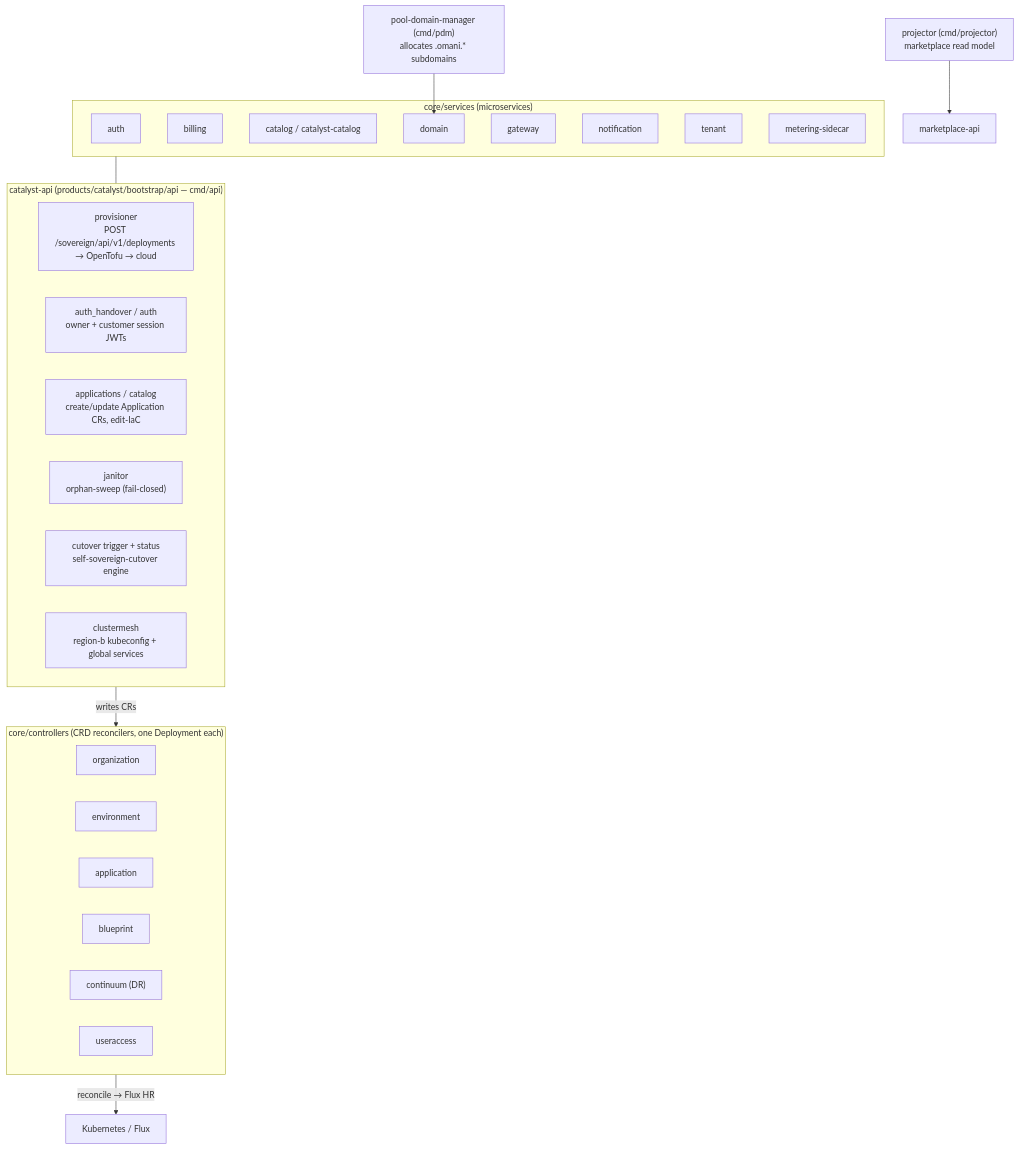
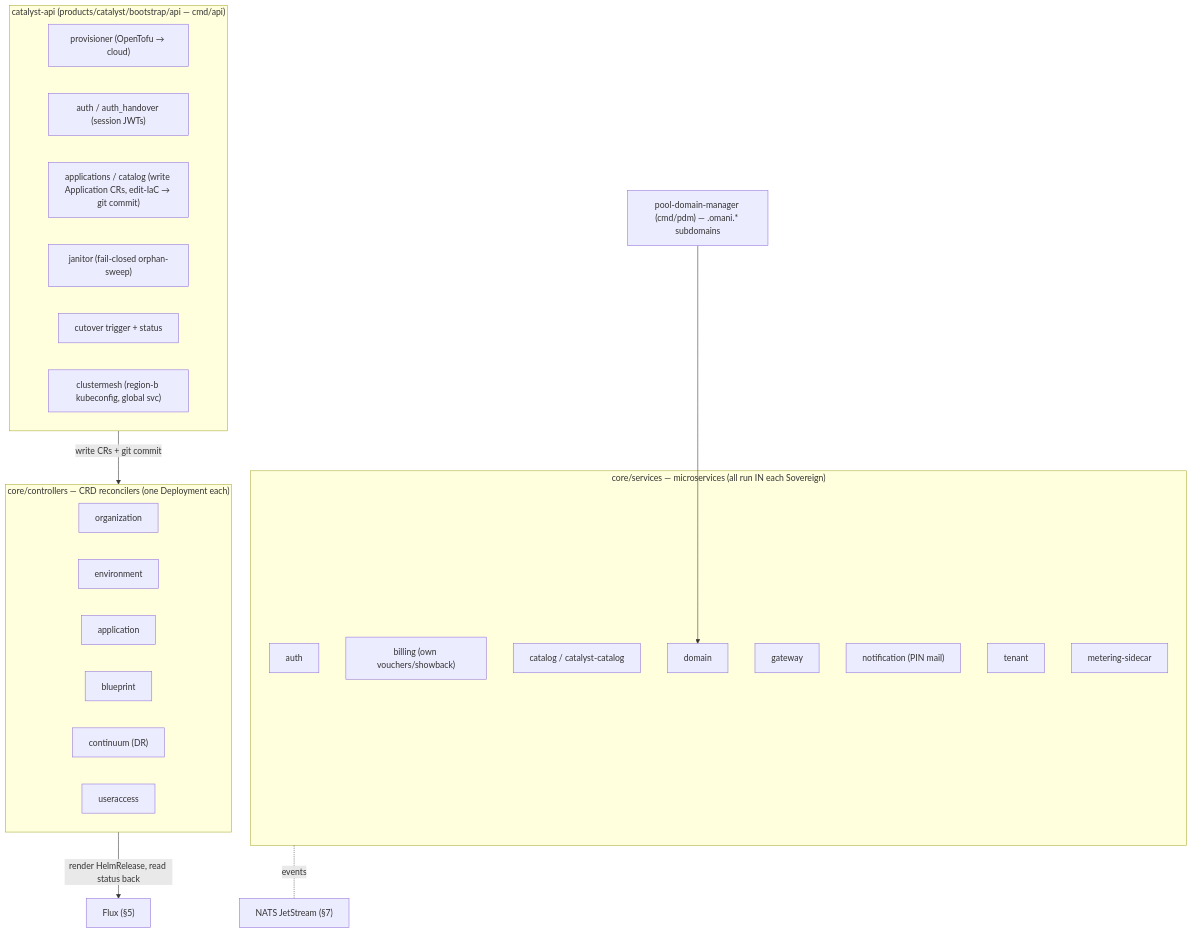
One commit to openova-io/openova changed the seventh of 16 diagrams in docs/SYSTEM-DESIGN.md. Above: the diagram before and after it, drawn with Mermaid. The commit also changed other lines of this file, not shown here.

First line of the commit message:
docs(system-design): major rewrite — GitOps engine, streaming/CQRS, independence, bootstrap DAG

````diff
--- a/docs/SYSTEM-DESIGN.md
+++ b/docs/SYSTEM-DESIGN.md
@@ -125,28 +229,19 @@
 ```mermaid
 graph TB
   subgraph Brain["catalyst-api  (products/catalyst/bootstrap/api — cmd/api)"]
-    PROV["provisioner<br/>POST /sovereign/api/v1/deployments → OpenTofu → cloud"]
-    HAND["auth_handover / auth<br/>owner + customer session JWTs"]
-    APPS["applications / catalog<br/>create/update Application CRs, edit-IaC"]
-    JAN["janitor<br/>orphan-sweep (fail-closed)"]
-    CUT["cutover trigger + status<br/>self-sovereign-cutover engine"]
-    MESH["clustermesh<br/>region-b kubeconfig + global services"]
+    PROV["provisioner (OpenTofu → cloud)"]; HAND["auth / auth_handover (session JWTs)"]
+    APPS["applications / catalog (write Application CRs, edit-IaC → git commit)"]
+    JAN["janitor (fail-closed orphan-sweep)"]; CUT["cutover trigger + status"]; MESH["clustermesh (region-b kubeconfig, global svc)"]
   end
-  subgraph Controllers["core/controllers  (CRD reconcilers, one Deployment each)"]
-    OC["organization"]
-    EC["environment"]
-    AC["application"]
-    BC["blueprint"]
-    CC["continuum (DR)"]
-    UC["useraccess"]
+  subgraph Controllers["core/controllers — CRD reconcilers (one Deployment each)"]
+    OC["organization"]; EC["environment"]; AC["application"]; BC["blueprint"]; CC["continuum (DR)"]; UC["useraccess"]
   end
-  subgraph Services["core/services  (microservices)"]
-    AUTH["auth"]; BILL["billing"]; CATS["catalog / catalyst-catalog"]
-    DOM["domain"]; GW["gateway"]; NOTIF["notification"]; TEN["tenant"]; MET["metering-sidecar"]
+  subgraph Services["core/services — microservices (all run IN each Sovereign)"]
+    AUTH["auth"]; BILL["billing (own vouchers/showback)"]; CATS["catalog / catalyst-catalog"]
+    DOM["domain"]; GW["gateway"]; NOTIF["notification (PIN mail)"]; TEN["tenant"]; MET["metering-sidecar"]
   end
-  Brain -->|writes CRs| Controllers
-  Controllers -->|reconcile → Flux HR| K8S["Kubernetes / Flux"]
-  Services --- Brain
-  PDM["pool-domain-manager (cmd/pdm)<br/>allocates .omani.* subdomains"] --> DOM
-  PROJ["projector (cmd/projector)<br/>marketplace read model"] --> MKT2["marketplace-api"]
+  Brain -->|write CRs + git commit| Controllers
+  Controllers -->|render HelmRelease, read status back| FLUX["Flux (§5)"]
+  Services -. events .- NATS["NATS JetStream (§7)"]
+  PDM["pool-domain-manager (cmd/pdm) — .omani.* subdomains"] --> DOM
 ```
````
